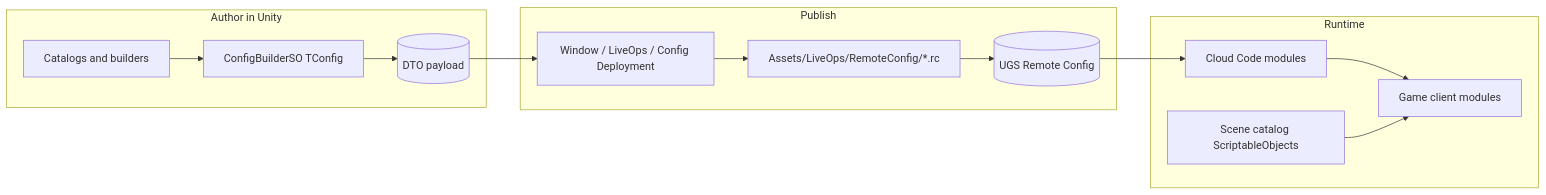
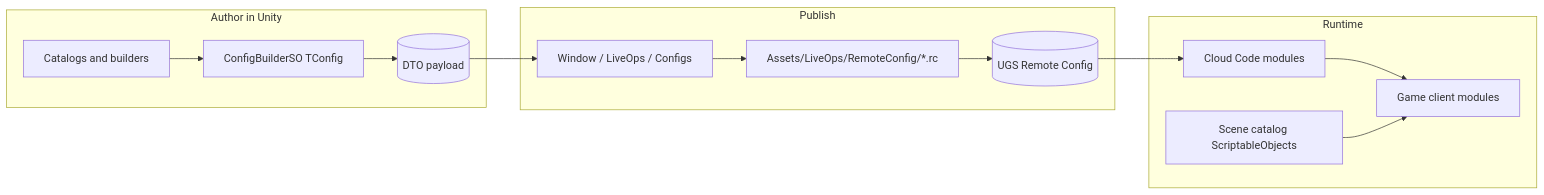
The diagram in Docs/LiveOps/AuthoringPipeline.md (DuckDuckWeasel/Gear-Engine), drawn with Mermaid before and after one commit. The commit also changed other lines of this file and 39 other files, not shown here.

Commit message:
Better config flow

````diff
--- a/Docs/LiveOps/AuthoringPipeline.md
+++ b/Docs/LiveOps/AuthoringPipeline.md
@@ -7,24 +7,24 @@
 ```mermaid
 flowchart LR
   subgraph author [Author in Unity]
     catalogs[Catalogs and builders]
     catalogs --> builderSO[ConfigBuilderSO TConfig]
     builderSO --> dto[(DTO payload)]
   end
   subgraph publish [Publish]
-    window[Window / LiveOps / Config Deployment]
+    window[Window / LiveOps / Configs]
     rc[Assets/LiveOps/RemoteConfig/*.rc]
     ugs[(UGS Remote Config)]
     dto --> window
     window --> rc
     rc --> ugs
   end
   subgraph runtime [Runtime]
     cc[Cloud Code modules]
     client[Game client modules]
     assets[Scene catalog ScriptableObjects]
     ugs --> cc
     cc --> client
     assets --> client
   end
 ```
````
